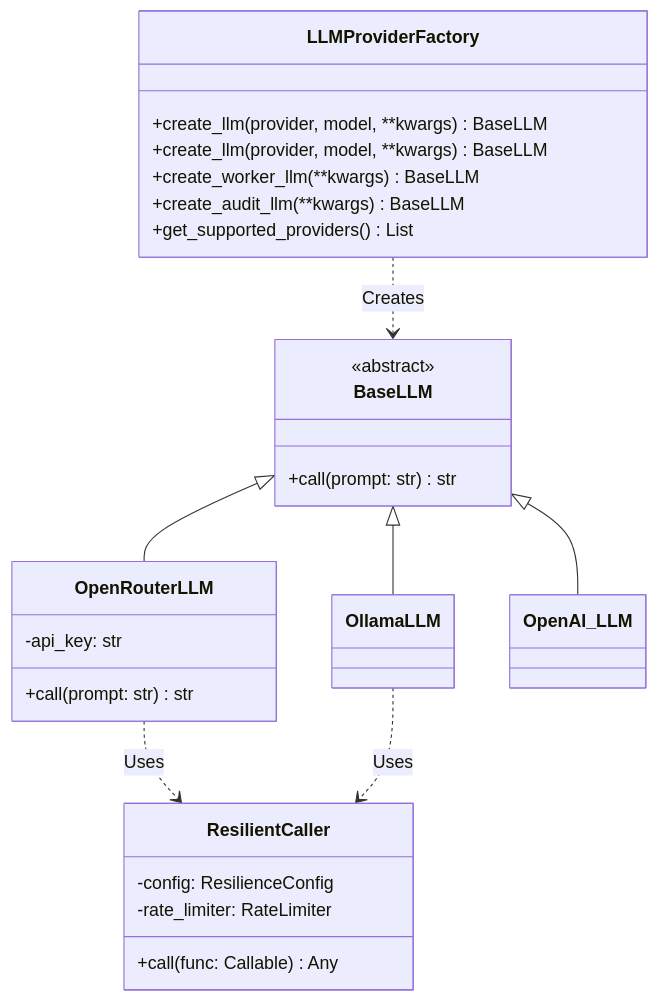
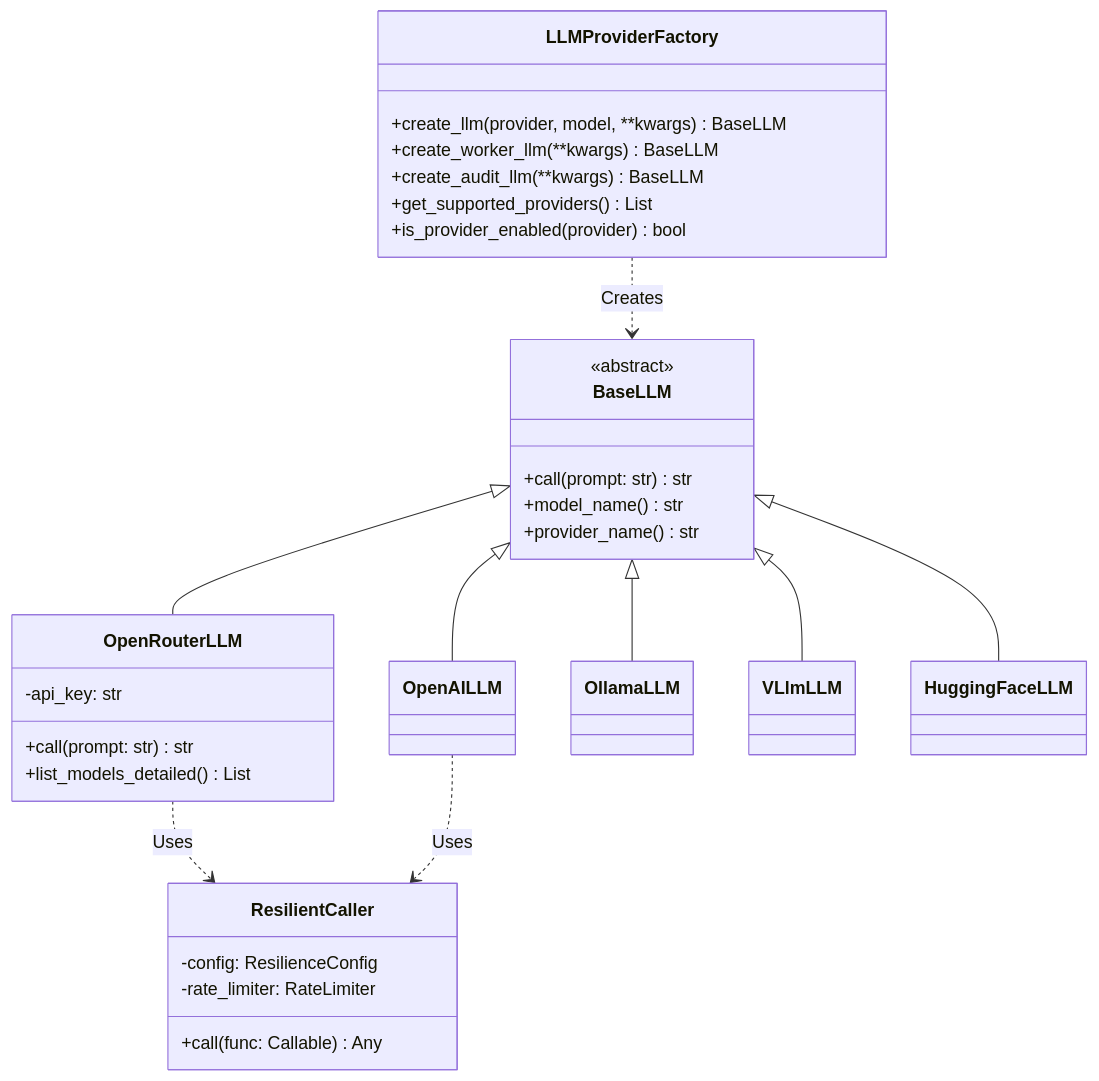
The second of 4 diagrams in Doc/ARCHITECTURE.md (dagornc/Autologic), drawn with Mermaid before and after one commit. The commit also changed other lines of this file and 110 other files, not shown here.

````diff
--- a/Doc/ARCHITECTURE.md
+++ b/Doc/ARCHITECTURE.md
@@ -55,33 +115,38 @@
 ```mermaid
 classDiagram
     class LLMProviderFactory {
         +create_llm(provider, model, **kwargs) BaseLLM
-        +create_llm(provider, model, **kwargs) BaseLLM
         +create_worker_llm(**kwargs) BaseLLM
         +create_audit_llm(**kwargs) BaseLLM
         +get_supported_providers() List
+        +is_provider_enabled(provider) bool
     }
 
     class BaseLLM {
         <<abstract>>
         +call(prompt: str) str
+        +model_name() str
+        +provider_name() str
     }
     
     class OpenRouterLLM {
         -api_key: str
         +call(prompt: str) str
+        +list_models_detailed() List
     }
 
     class ResilientCaller {
         -config: ResilienceConfig
         -rate_limiter: RateLimiter
         +call(func: Callable) Any
     }
 
     LLMProviderFactory ..> BaseLLM : Creates
     BaseLLM <|-- OpenRouterLLM
+    BaseLLM <|-- OpenAILLM
     BaseLLM <|-- OllamaLLM
-    BaseLLM <|-- OpenAI_LLM
+    BaseLLM <|-- VLlmLLM
+    BaseLLM <|-- HuggingFaceLLM
     OpenRouterLLM ..> ResilientCaller : Uses
-    OllamaLLM ..> ResilientCaller : Uses
+    OpenAILLM ..> ResilientCaller : Uses
 ```
````
